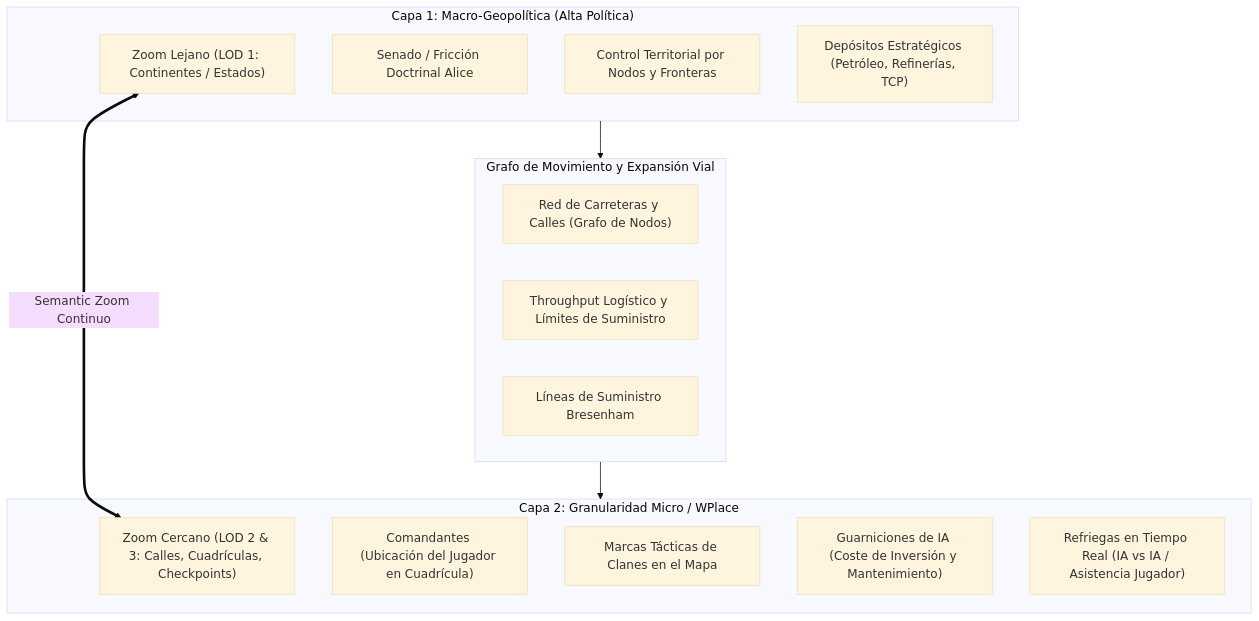
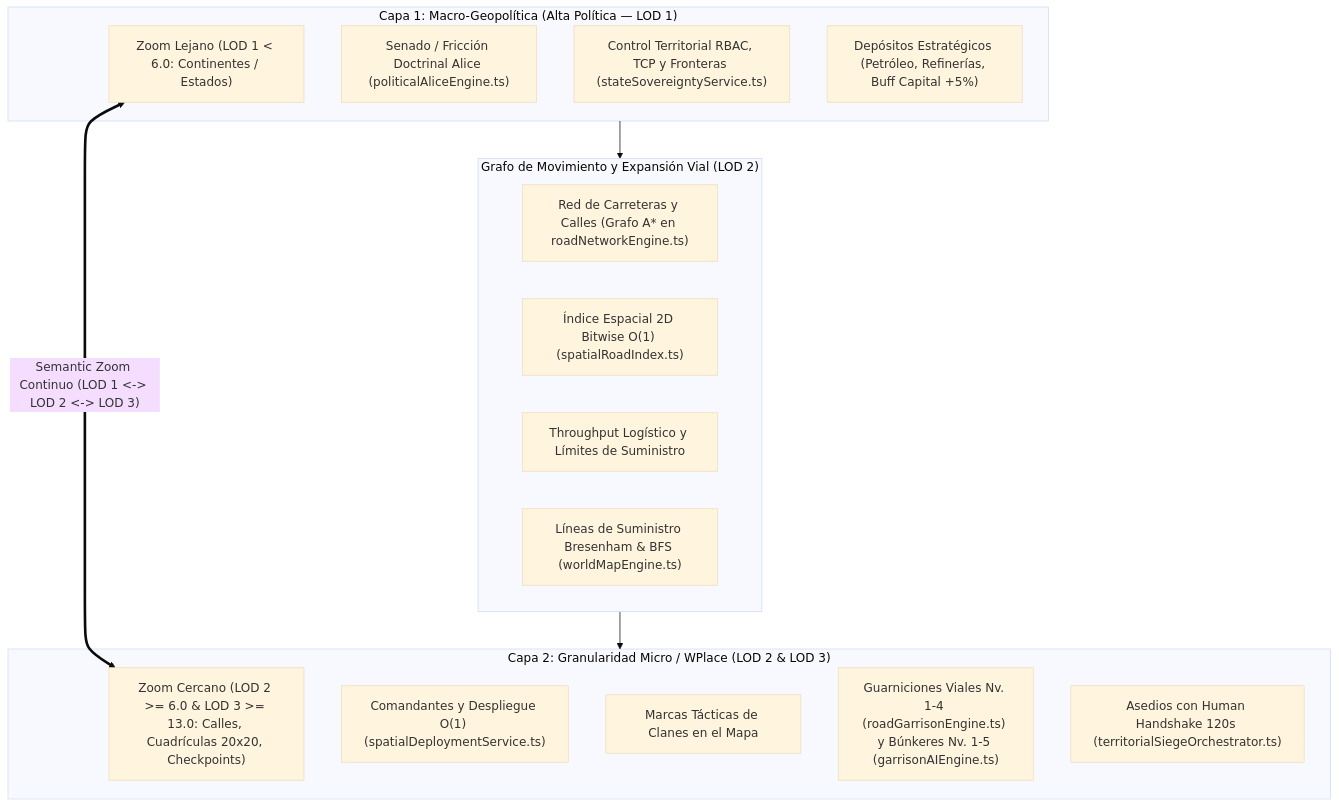
Before and after one commit to davikisea/GEOTACTICS-ONLINE: the first of 8 diagrams in docs/PROPUESTA_INGENIERIA_MAPA_METAPOLITICA_ALICE_CABIMAS.md, drawn with Mermaid (base theme). The commit also changed other lines of this file and 352 other files, not shown here.

Commit message:
feat(architecture): migración modular a 4 dominios (@domains/*), consolidación de base de datos y sincronización de suites deterministas

````diff
--- a/docs/PROPUESTA_INGENIERIA_MAPA_METAPOLITICA_ALICE_CABIMAS.md
+++ b/docs/PROPUESTA_INGENIERIA_MAPA_METAPOLITICA_ALICE_CABIMAS.md
@@ -32,27 +33,28 @@
 ```mermaid
 flowchart TD
-    subgraph Metapolitica ["Capa 1: Macro-Geopolítica (Alta Política)"]
-        ZoomOut["Zoom Lejano (LOD 1: Continentes / Estados)"]
-        Asamblea["Senado / Fricción Doctrinal Alice"]
-        Soberania["Control Territorial por Nodos y Fronteras"]
-        RecursosMacro["Depósitos Estratégicos (Petróleo, Refinerías, TCP)"]
+    subgraph Metapolitica ["Capa 1: Macro-Geopolítica (Alta Política — LOD 1)"]
+        ZoomOut["Zoom Lejano (LOD 1 < 6.0: Continentes / Estados)"]
+        Asamblea["Senado / Fricción Doctrinal Alice (politicalAliceEngine.ts)"]
+        Soberania["Control Territorial RBAC, TCP y Fronteras (stateSovereigntyService.ts)"]
+        RecursosMacro["Depósitos Estratégicos (Petróleo, Refinerías, Buff Capital +5%)"]
     end
 
-    subgraph LogisticaVial ["Grafo de Movimiento y Expansión Vial"]
-        Carreteras["Red de Carreteras y Calles (Grafo de Nodos)"]
+    subgraph LogisticaVial ["Grafo de Movimiento y Expansión Vial (LOD 2)"]
+        Carreteras["Red de Carreteras y Calles (Grafo A* en roadNetworkEngine.ts)"]
+        IndiceEspacial["Índice Espacial 2D Bitwise O(1) (spatialRoadIndex.ts)"]
         Throughput["Throughput Logístico y Límites de Suministro"]
-        LineasSuministro["Líneas de Suministro Bresenham"]
+        LineasSuministro["Líneas de Suministro Bresenham & BFS (worldMapEngine.ts)"]
     end
 
-    subgraph MicroOpenPlace ["Capa 2: Granularidad Micro / WPlace"]
-        ZoomIn["Zoom Cercano (LOD 2 & 3: Calles, Cuadrículas, Checkpoints)"]
-        Comandantes["Comandantes (Ubicación del Jugador en Cuadrícula)"]
+    subgraph MicroOpenPlace ["Capa 2: Granularidad Micro / WPlace (LOD 2 & LOD 3)"]
+        ZoomIn["Zoom Cercano (LOD 2 >= 6.0 & LOD 3 >= 13.0: Calles, Cuadrículas 20x20, Checkpoints)"]
+        Comandantes["Comandantes y Despliegue O(1) (spatialDeploymentService.ts)"]
         Marcas["Marcas Tácticas de Clanes en el Mapa"]
-        GuarnicionesIA["Guarniciones de IA (Coste de Inversión y Mantenimiento)"]
-        BatallasEnVivo["Refriegas en Tiempo Real (IA vs IA / Asistencia Jugador)"]
+        GuarnicionesIA["Guarniciones Viales Nv. 1-4 (roadGarrisonEngine.ts) y Búnkeres Nv. 1-5 (garrisonAIEngine.ts)"]
+        BatallasEnVivo["Asedios con Human Handshake 120s (territorialSiegeOrchestrator.ts)"]
     end
 
-    ZoomOut <==>|"Semantic Zoom Continuo"| ZoomIn
+    ZoomOut <==>|"Semantic Zoom Continuo (LOD 1 <-> LOD 2 <-> LOD 3)"| ZoomIn
     Metapolitica --> LogisticaVial
     LogisticaVial --> MicroOpenPlace
 ```
````
